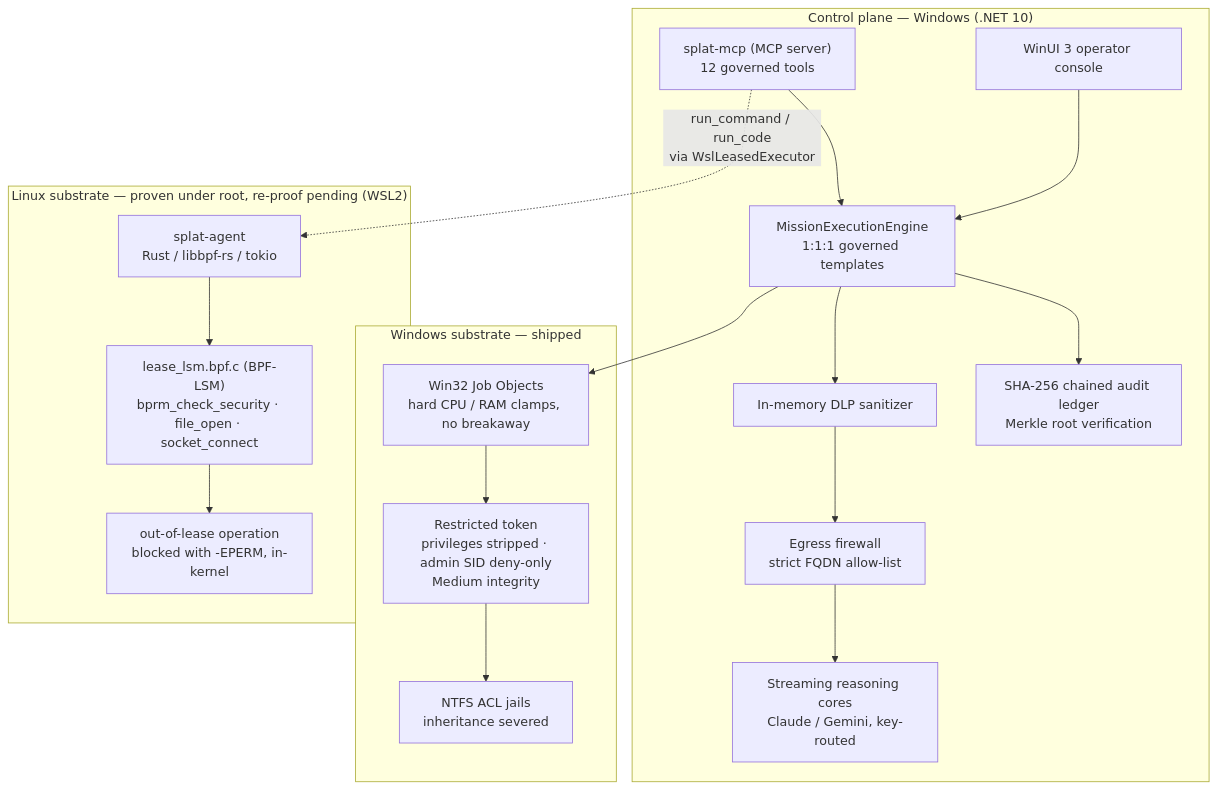
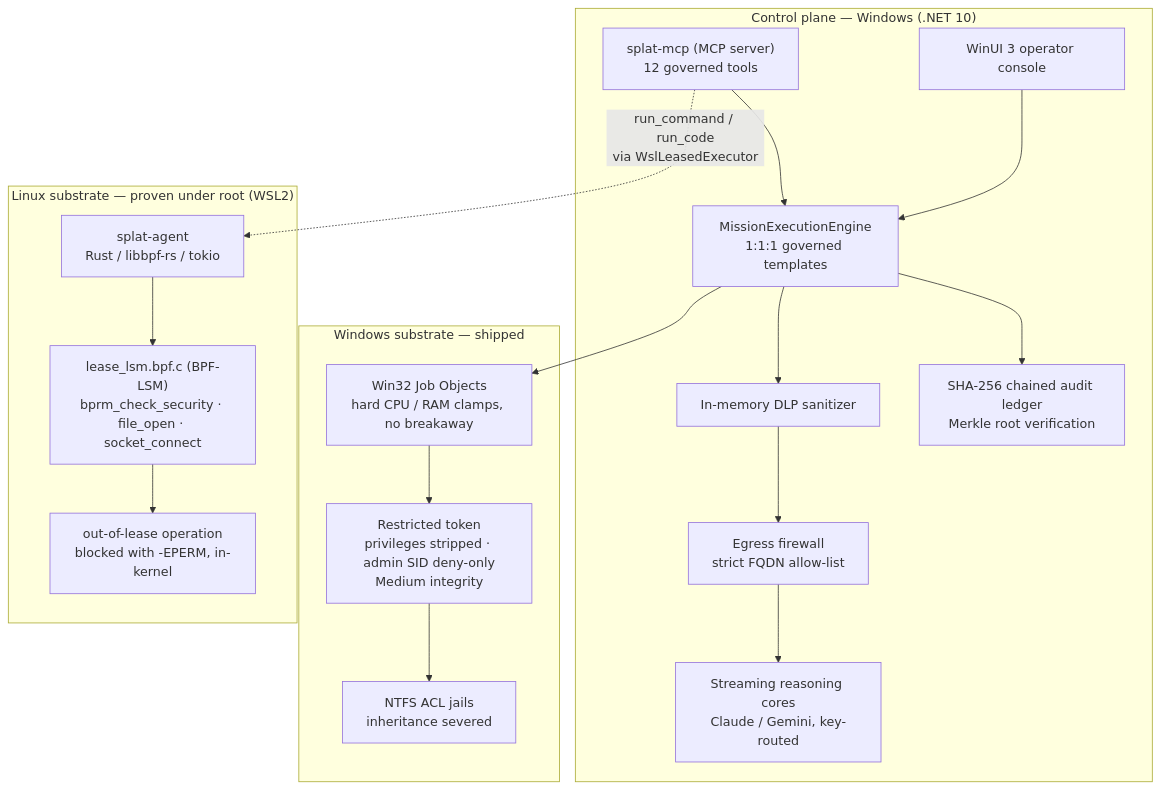
The diagram in README.md (Spplatten/SPLAT), drawn with Mermaid before and after one commit. The commit also changed other lines of this file and 25 other files, not shown here.

````diff
--- a/README.md
+++ b/README.md
@@ -69,25 +69,25 @@
 ```mermaid
 flowchart TD
     subgraph CP["Control plane — Windows (.NET 10)"]
         UI["WinUI 3 operator console"] --> ENG["MissionExecutionEngine<br/>1:1:1 governed templates"]
         MCP["splat-mcp (MCP server)<br/>12 governed tools"] --> ENG
         ENG --> DLP["In-memory DLP sanitizer"]
         DLP --> FW["Egress firewall<br/>strict FQDN allow-list"]
         FW --> AI["Streaming reasoning cores<br/>Claude / Gemini, key-routed"]
         ENG --> LED["SHA-256 chained audit ledger<br/>Merkle root verification"]
     end
     subgraph WIN["Windows substrate — shipped"]
         JO["Win32 Job Objects<br/>hard CPU / RAM clamps, no breakaway"]
         RT["Restricted token<br/>privileges stripped · admin SID deny-only<br/>Medium integrity"]
         JAIL["NTFS ACL jails<br/>inheritance severed"]
         JO --> RT --> JAIL
     end
-    subgraph LNX["Linux substrate — proven under root, re-proof pending (WSL2)"]
+    subgraph LNX["Linux substrate — proven under root (WSL2)"]
         AGENT["splat-agent<br/>Rust / libbpf-rs / tokio"]
         LSM["lease_lsm.bpf.c (BPF-LSM)<br/>bprm_check_security · file_open · socket_connect"]
         EPERM["out-of-lease operation<br/>blocked with -EPERM, in-kernel"]
         AGENT --> LSM --> EPERM
     end
     ENG --> JO
     MCP -.->|run_command / run_code<br/>via WslLeasedExecutor| AGENT
 ```
````
